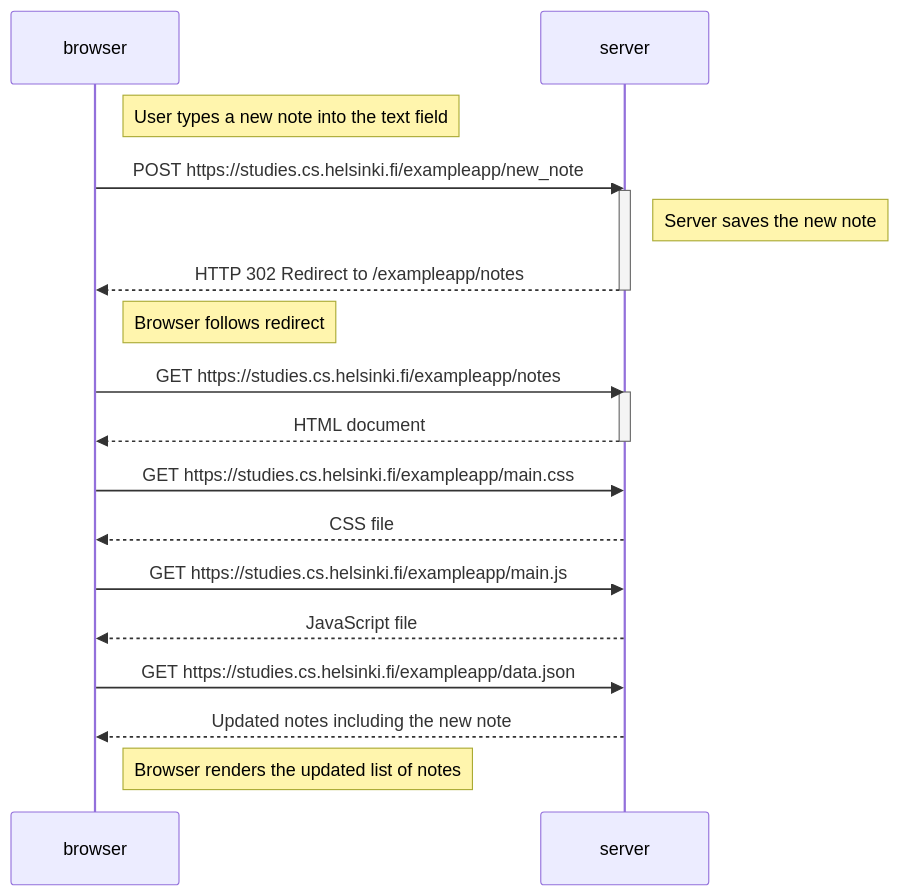
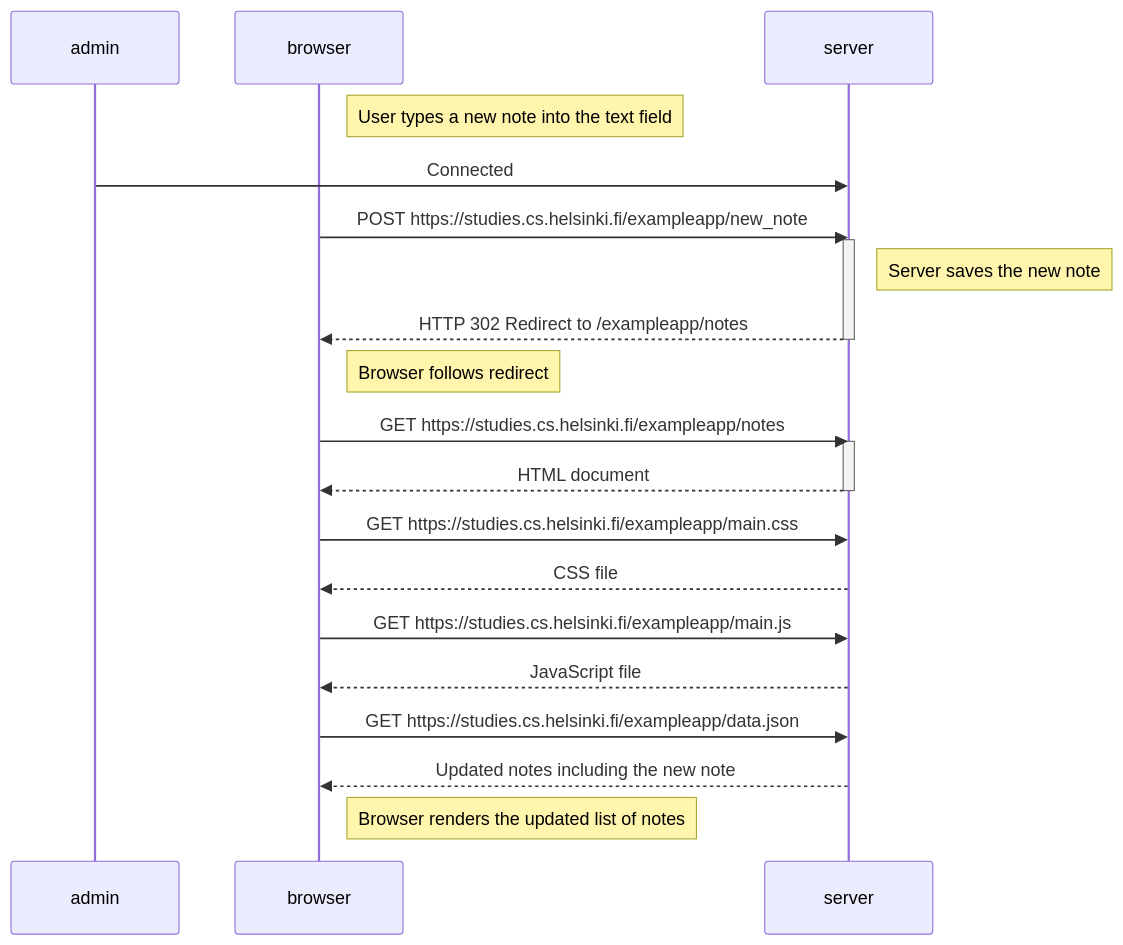
The diagram in part 0/0.4.md (psa434202-max/fullstack), drawn with Mermaid before and after one commit.

````diff
--- a/part 0/0.4.md
+++ b/part 0/0.4.md
@@ -1,31 +1,32 @@
 ```mermaid
 sequenceDiagram
+    participant admin
     participant browser
     participant server
 
     Note right of browser: User types a new note into the text field
-
+    admin->>server:Connected
     browser->>server: POST https://studies.cs.helsinki.fi/exampleapp/new_note
     activate server
     Note right of server: Server saves the new note
     server-->>browser: HTTP 302 Redirect to /exampleapp/notes
     deactivate server
 
     Note right of browser: Browser follows redirect
 
     browser->>server: GET https://studies.cs.helsinki.fi/exampleapp/notes
     activate server
     server-->>browser: HTML document
     deactivate server
 
     browser->>server: GET https://studies.cs.helsinki.fi/exampleapp/main.css
     server-->>browser: CSS file
 
     browser->>server: GET https://studies.cs.helsinki.fi/exampleapp/main.js
     server-->>browser: JavaScript file
 
     browser->>server: GET https://studies.cs.helsinki.fi/exampleapp/data.json
     server-->>browser: Updated notes including the new note
 
     Note right of browser: Browser renders the updated list of notes
 ```
````
